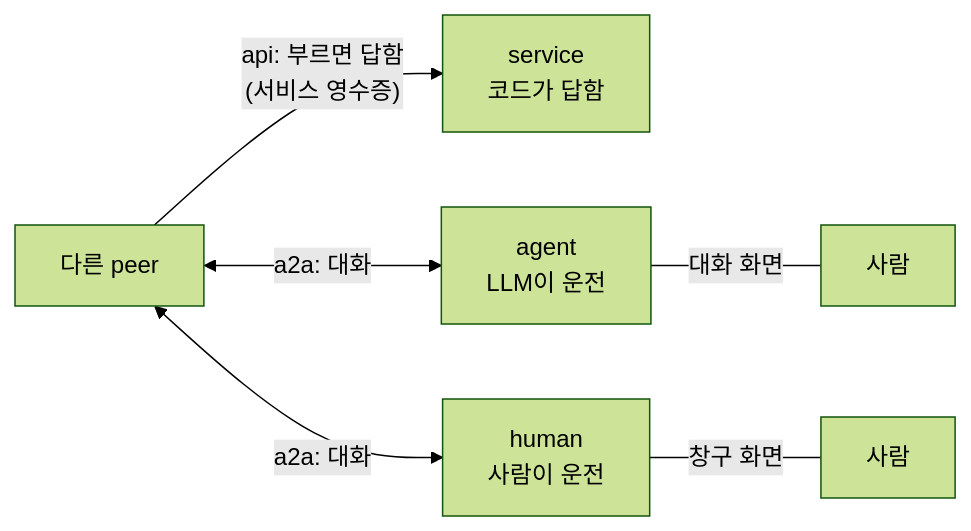
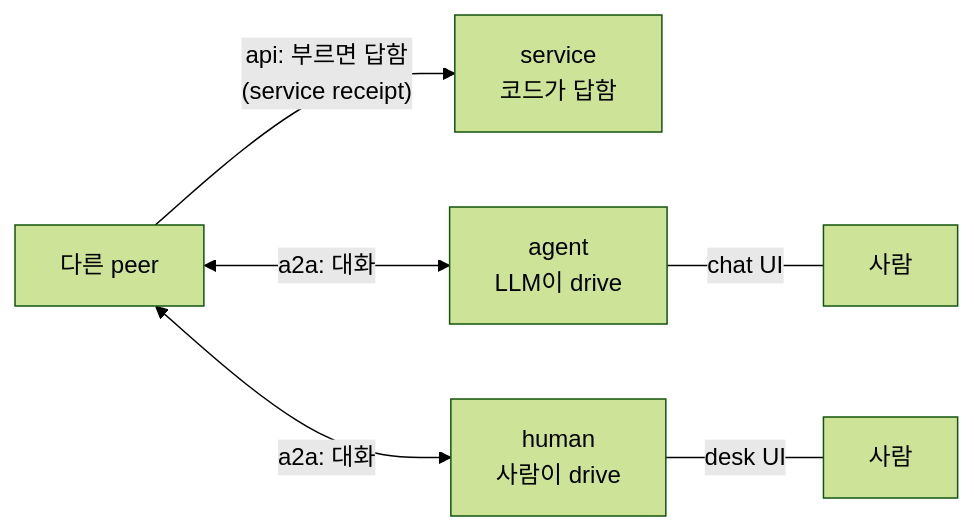
One commit to tanminkwan/share-ur-tokens changed the eighth of 31 diagrams in docs/education.md. Above: the diagram before and after it, drawn with Mermaid (forest theme). The commit also changed other lines of this file and 27 other files, not shown here.

````diff
--- a/docs/education.md
+++ b/docs/education.md
@@ -184,8 +199,8 @@
 ```mermaid
 flowchart LR
-    X["다른 peer"] -->|"api: 부르면 답함<br/>(서비스 영수증)"| S["service<br/>코드가 답함"]
-    X <-->|"a2a: 대화"| A["agent<br/>LLM이 운전"]
-    X <-->|"a2a: 대화"| H["human<br/>사람이 운전"]
-    A ---|"대화 화면"| PA["사람"]
-    H ---|"창구 화면"| PH["사람"]
+    X["다른 peer"] -->|"api: 부르면 답함<br/>(service receipt)"| S["service<br/>코드가 답함"]
+    X <-->|"a2a: 대화"| A["agent<br/>LLM이 drive"]
+    X <-->|"a2a: 대화"| H["human<br/>사람이 drive"]
+    A ---|"chat UI"| PA["사람"]
+    H ---|"desk UI"| PH["사람"]
 ```
````
